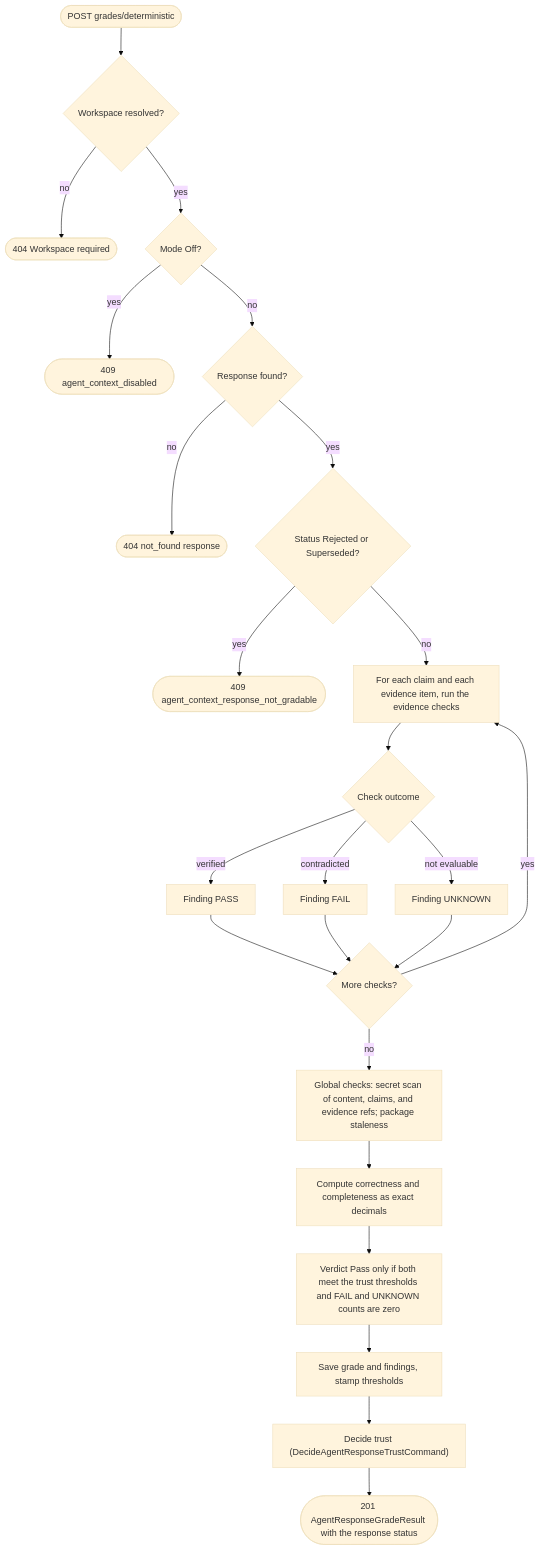
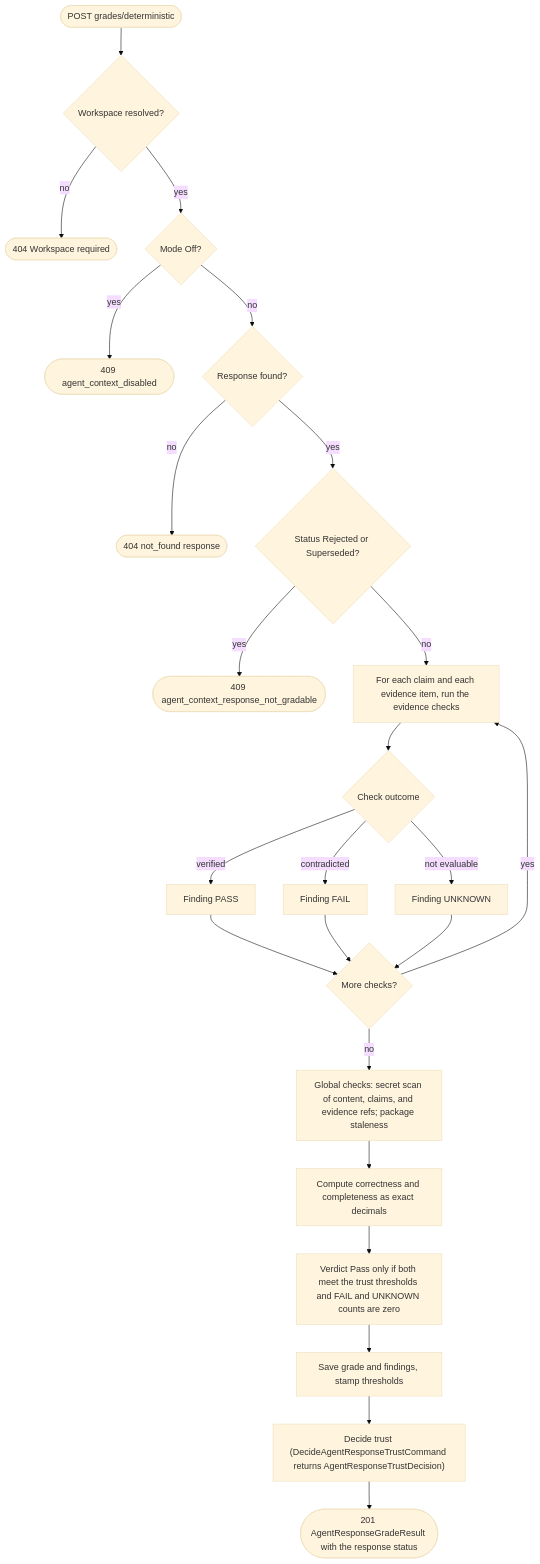
Before and after one commit to sharpninja/McpServer: diagram 11 of 59 in docs/Stateless-Agent-Context-Management.md, drawn with Mermaid (base theme). The commit also changed other lines of this file and 2 other files, not shown here.

````diff
--- a/docs/Stateless-Agent-Context-Management.md
+++ b/docs/Stateless-Agent-Context-Management.md
@@ -484,26 +505,26 @@
 ```mermaid
 flowchart TD
     S(["POST grades/deterministic"]) --> W{"Workspace resolved?"}
     W -->|no| E0(["404 Workspace required"])
     W -->|yes| MO{"Mode Off?"}
     MO -->|yes| E1(["409 agent_context_disabled"])
     MO -->|no| F{"Response found?"}
     F -->|no| E2(["404 not_found response"])
     F -->|yes| GS{"Status Rejected or Superseded?"}
     GS -->|yes| E3(["409 agent_context_response_not_gradable"])
     GS -->|no| CL["For each claim and each evidence item, run the evidence checks"]
     CL --> CK{"Check outcome"}
     CK -->|verified| PF["Finding PASS"]
     CK -->|contradicted| FF["Finding FAIL"]
     CK -->|not evaluable| UF["Finding UNKNOWN"]
     PF --> NX{"More checks?"}
     FF --> NX
     UF --> NX
     NX -->|yes| CL
     NX -->|no| GL["Global checks: secret scan of content, claims, and evidence refs; package staleness"]
     GL --> SC["Compute correctness and completeness as exact decimals"]
     SC --> VD["Verdict Pass only if both meet the trust thresholds and FAIL and UNKNOWN counts are zero"]
     VD --> SV["Save grade and findings, stamp thresholds"]
-    SV --> TR["Decide trust (DecideAgentResponseTrustCommand)"]
+    SV --> TR["Decide trust (DecideAgentResponseTrustCommand returns AgentResponseTrustDecision)"]
     TR --> R(["201 AgentResponseGradeResult with the response status"])
 ```
````
